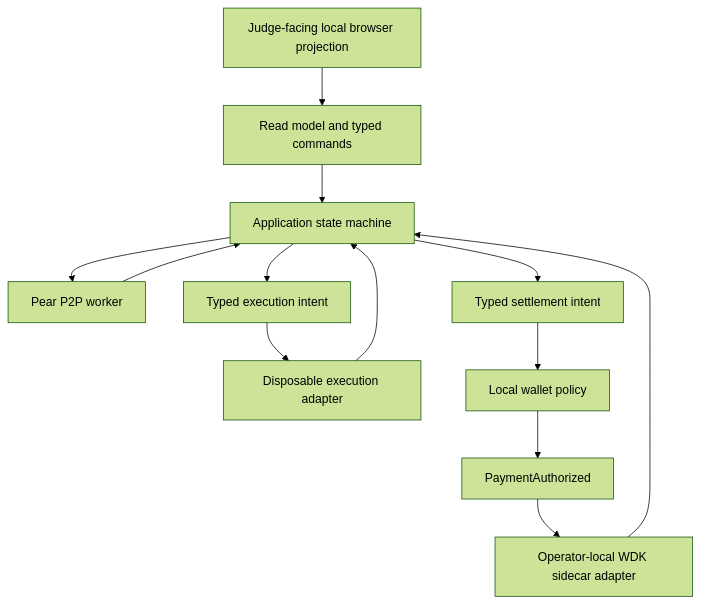
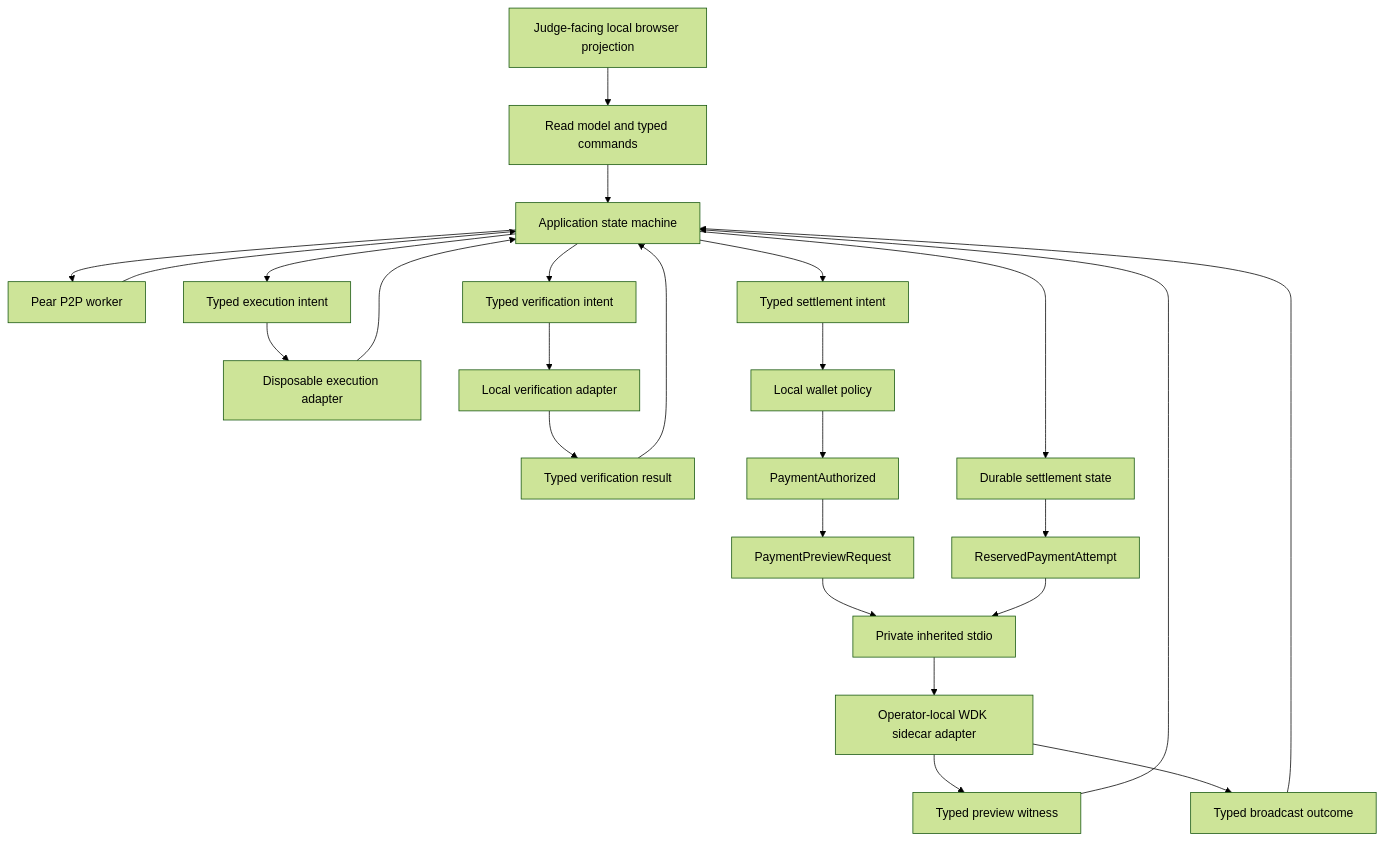
The second of 4 diagrams in docs/architecture.md (0xgleb/agentopoly), drawn with Mermaid (forest theme) before and after one commit. The commit also changed other lines of this file and 8 other files, not shown here.

````diff
--- a/docs/architecture.md
+++ b/docs/architecture.md
@@ -33,21 +33,33 @@
 ```mermaid
 flowchart TD
   Projection["Judge-facing local browser projection"]
   Commands["Read model and typed commands"]
   StateMachine["Application state machine"]
   Worker["Pear P2P worker"]
   ExecutionIntent["Typed execution intent"]
   ExecutionAdapter["Disposable execution adapter"]
+  VerificationIntent["Typed verification intent"]
+  VerificationAdapter["Local verification adapter"]
+  VerificationResult["Typed verification result"]
   SettlementIntent["Typed settlement intent"]
   WalletPolicy["Local wallet policy"]
   PaymentAuthorized["PaymentAuthorized"]
+  PreviewRequest["PaymentPreviewRequest"]
+  PreviewWitness["Typed preview witness"]
+  BroadcastOutcome["Typed broadcast outcome"]
+  SettlementState["Durable settlement state"]
+  ReservedAttempt["ReservedPaymentAttempt"]
+  PrivateStdio["Private inherited stdio"]
   WDKAdapter["Operator-local WDK sidecar adapter"]
 
   Projection --> Commands --> StateMachine
   Worker --> StateMachine
   StateMachine --> Worker
   StateMachine --> ExecutionIntent --> ExecutionAdapter
   ExecutionAdapter --> StateMachine
-  StateMachine --> SettlementIntent --> WalletPolicy --> PaymentAuthorized --> WDKAdapter
-  WDKAdapter --> StateMachine
+  StateMachine --> VerificationIntent --> VerificationAdapter --> VerificationResult --> StateMachine
+  StateMachine --> SettlementIntent --> WalletPolicy --> PaymentAuthorized --> PreviewRequest --> PrivateStdio --> WDKAdapter
+  WDKAdapter --> PreviewWitness --> StateMachine
+  StateMachine --> SettlementState --> ReservedAttempt --> PrivateStdio
+  WDKAdapter --> BroadcastOutcome --> StateMachine
 ```
````
